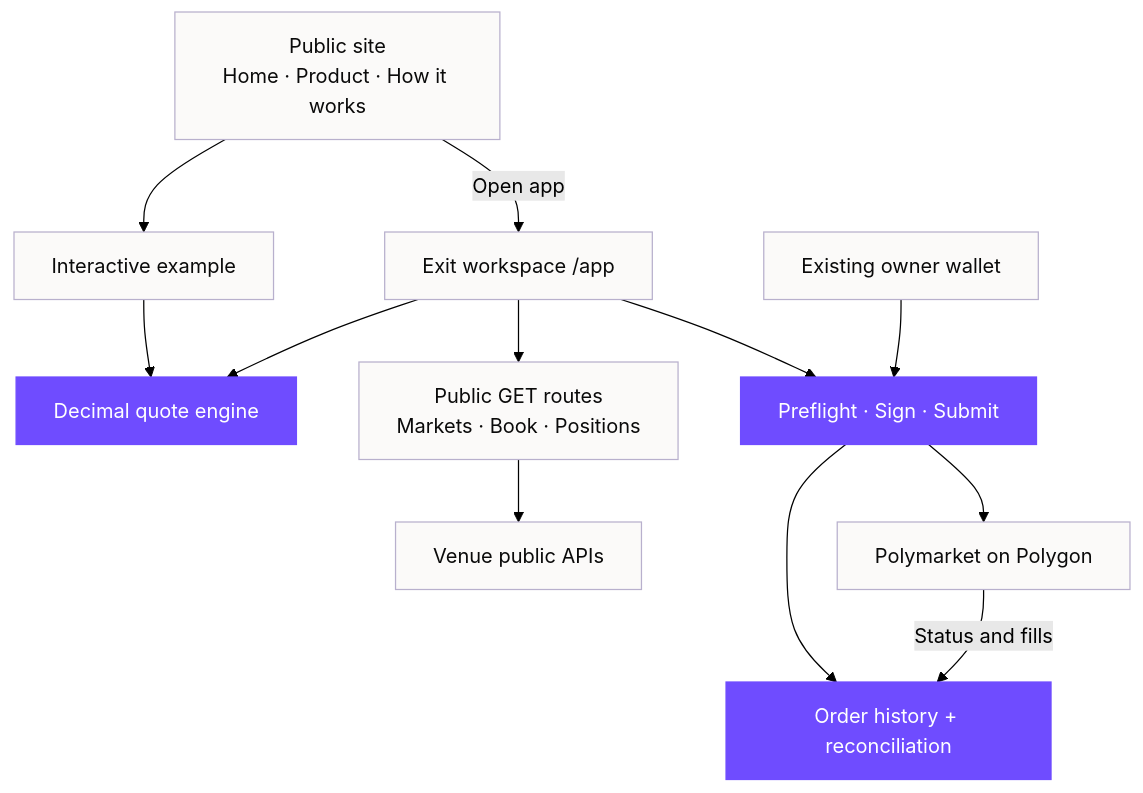
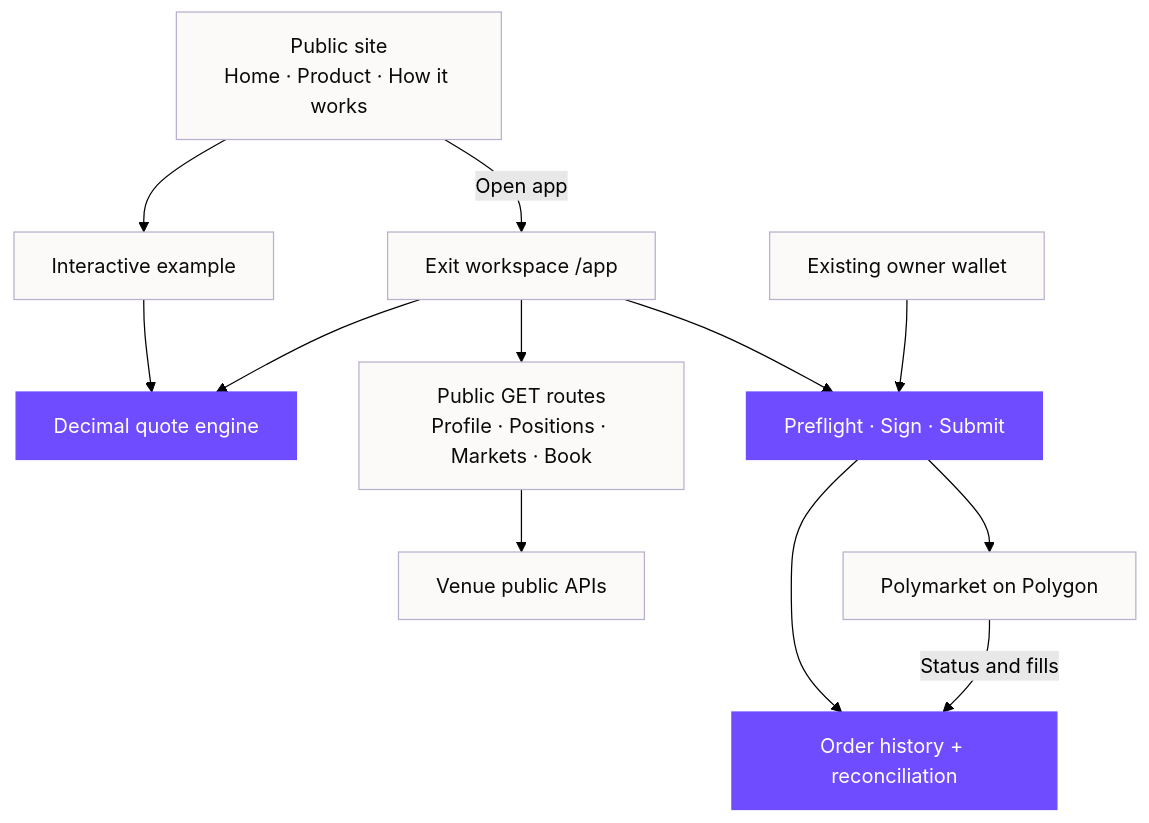
One commit to mohit-1710/closeout changed the first of 2 diagrams in README.md. Above: the diagram before and after it, drawn with Mermaid (forest theme). The commit also changed other lines of this file and 10 other files, not shown here.

````diff
--- a/README.md
+++ b/README.md
@@ -53,26 +58,26 @@
 ```mermaid
 flowchart TB
   SITE["Public site<br/>Home · Product · How it works"]
   PREVIEW["Interactive example"]
   APP["Exit workspace /app"]
   QUOTE["Decimal quote engine"]
-  API["Public GET routes<br/>Markets · Book · Positions"]
+  API["Public GET routes<br/>Profile · Positions · Markets · Book"]
   DATA["Venue public APIs"]
   WALLET["Existing owner wallet"]
   TRADE["Preflight · Sign · Submit"]
   HISTORY["Order history + reconciliation"]
   VENUE["Polymarket on Polygon"]
   SITE --> PREVIEW
   PREVIEW --> QUOTE
   SITE -->|Open app| APP
   APP --> QUOTE
   APP --> API --> DATA
   APP --> TRADE
   WALLET --> TRADE
   TRADE --> VENUE
   TRADE --> HISTORY
   VENUE -->|Status and fills| HISTORY
   classDef default fill:#fbfaf9,stroke:#b8b0cd,color:#0a0a0a
   classDef core fill:#6f4cff,stroke:#6f4cff,color:#ffffff
   class QUOTE,TRADE,HISTORY core
 ```
````
